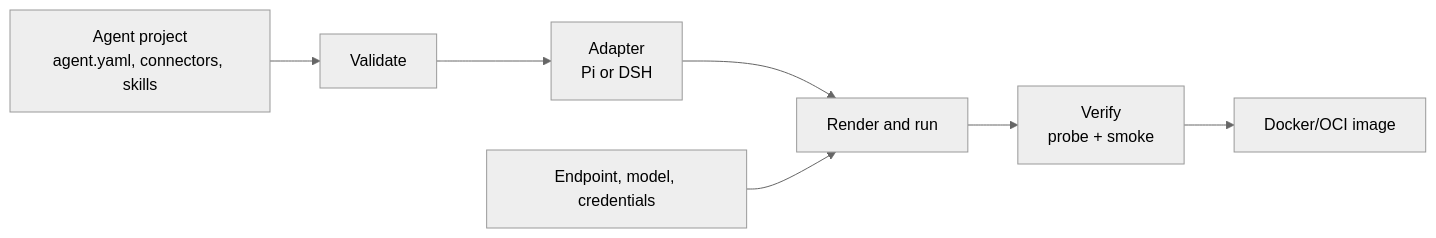
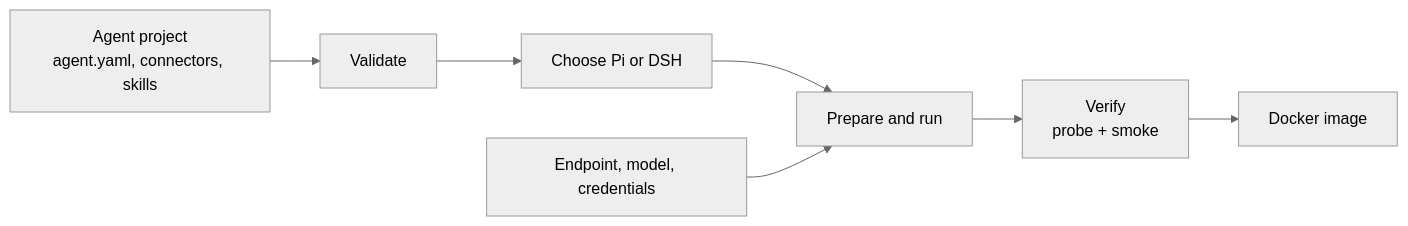
Before and after one commit to uukuguy/agent-base: the diagram in README.md, drawn with Mermaid (neutral theme). The commit also changed other lines of this file and 1 other file, not shown here.

````diff
--- a/README.md
+++ b/README.md
@@ -127,9 +129,9 @@
 ```mermaid
 flowchart LR
   A[Agent project\nagent.yaml, connectors, skills] --> B[Validate]
-  B --> C[Adapter\nPi or DSH]
-  C --> D[Render and run]
+  B --> C[Choose Pi or DSH]
+  C --> D[Prepare and run]
   D --> E[Verify\nprobe + smoke]
-  E --> F[Docker/OCI image]
+  E --> F[Docker image]
   G[Endpoint, model, credentials] --> D
 ```
````
